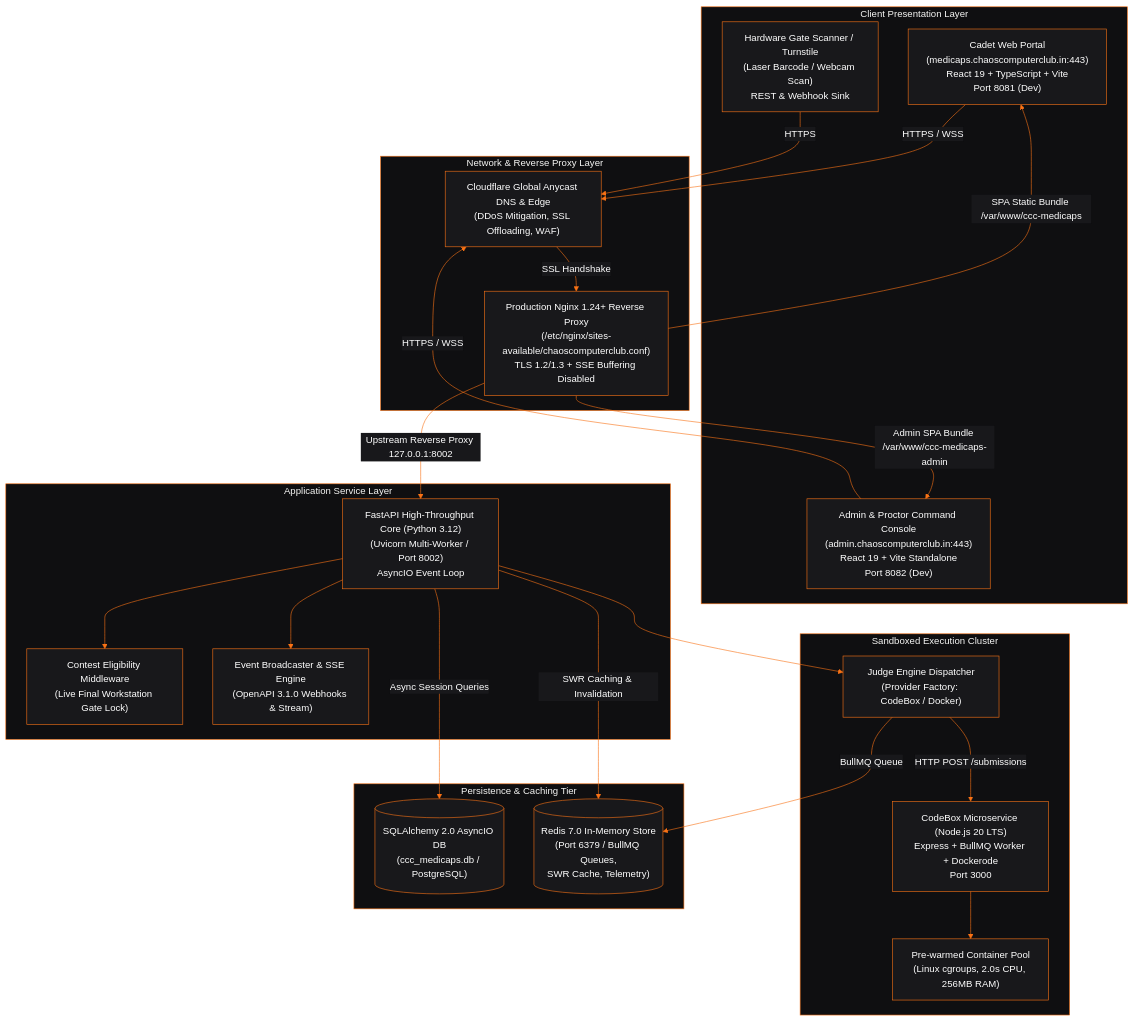
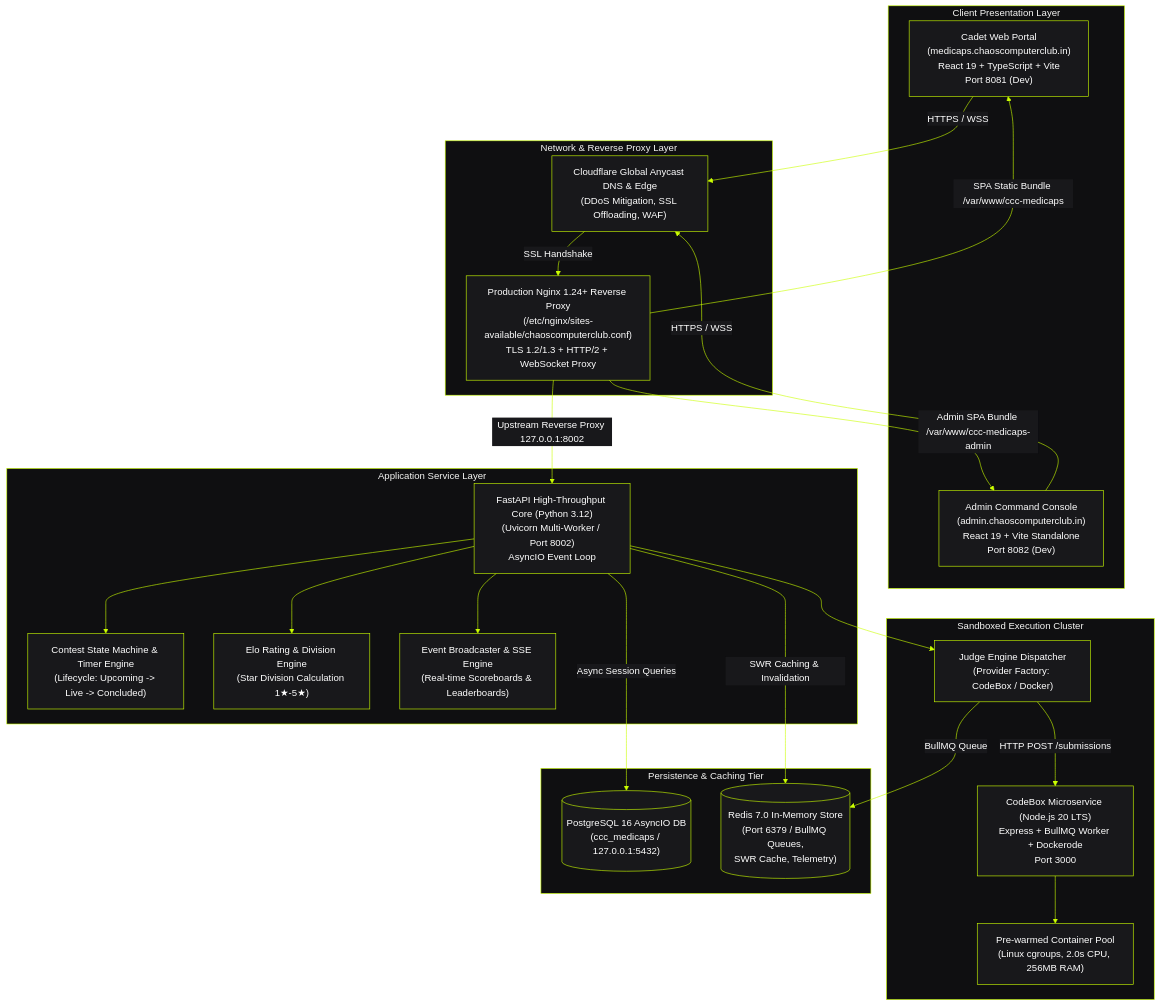
The first of 3 diagrams in TRD.md (chaoscomputerclub/medicaps.chaoscomputerclub.in), drawn with Mermaid before and after one commit. The commit also changed other lines of this file and 24 other files, not shown here.

Commit message:
feat: redefine TRD, PRD, README and refactor to unified CP contest architecture with hook order fix

````diff
--- a/TRD.md
+++ b/TRD.md
@@ -20,64 +20,64 @@
 ```mermaid
 %%{init: {
   'theme': 'base',
   'themeVariables': {
     'primaryColor': '#18181b',
     'primaryTextColor': '#ffffff',
-    'primaryBorderColor': '#f97316',
-    'lineColor': '#f97316',
+    'primaryBorderColor': '#ccff00',
+    'lineColor': '#ccff00',
     'secondaryColor': '#27272a',
     'tertiaryColor': '#09090b',
     'edgeLabelBackground': '#18181b',
     'clusterBkg': '#0f0f11',
-    'clusterBorder': '#f97316'
+    'clusterBorder': '#ccff00'
   }
 }}%%
 flowchart TB
     subgraph Client_Tier [Client Presentation Layer]
-        CadetPortal["Cadet Web Portal\n(medicaps.chaoscomputerclub.in:443)\nReact 19 + TypeScript + Vite\nPort 8081 (Dev)"]
-        AdminConsole["Admin & Proctor Command Console\n(admin.chaoscomputerclub.in:443)\nReact 19 + Vite Standalone\nPort 8082 (Dev)"]
-        IoTScanner["Hardware Gate Scanner / Turnstile\n(Laser Barcode / Webcam Scan)\nREST & Webhook Sink"]
+        CadetPortal["Cadet Web Portal\n(medicaps.chaoscomputerclub.in)\nReact 19 + TypeScript + Vite\nPort 8081 (Dev)"]
+        AdminConsole["Admin Command Console\n(admin.chaoscomputerclub.in)\nReact 19 + Vite Standalone\nPort 8082 (Dev)"]
     end
 
     subgraph Edge_Tier [Network & Reverse Proxy Layer]
         Cloudflare["Cloudflare Global Anycast DNS & Edge\n(DDoS Mitigation, SSL Offloading, WAF)"]
-        Nginx["Production Nginx 1.24+ Reverse Proxy\n(/etc/nginx/sites-available/chaoscomputerclub.conf)\nTLS 1.2/1.3 + SSE Buffering Disabled"]
+        Nginx["Production Nginx 1.24+ Reverse Proxy\n(/etc/nginx/sites-available/chaoscomputerclub.conf)\nTLS 1.2/1.3 + HTTP/2 + WebSocket Proxy"]
     end
 
     subgraph App_Tier [Application Service Layer]
         FastAPI["FastAPI High-Throughput Core (Python 3.12)\n(Uvicorn Multi-Worker / Port 8002)\nAsyncIO Event Loop"]
-        EligibilityMW["Contest Eligibility Middleware\n(Live Final Workstation Gate Lock)"]
-        EventBroadcaster["Event Broadcaster & SSE Engine\n(OpenAPI 3.1.0 Webhooks & Stream)"]
+        ContestSM["Contest State Machine & Timer Engine\n(Lifecycle: Upcoming -> Live -> Concluded)"]
+        RatingEngine["Elo Rating & Division Engine\n(Star Division Calculation 1★-5★)"]
+        EventBroadcaster["Event Broadcaster & SSE Engine\n(Real-time Scoreboards & Leaderboards)"]
     end
 
     subgraph Judge_Tier [Sandboxed Execution Cluster]
         JudgeDispatch["Judge Engine Dispatcher\n(Provider Factory: CodeBox / Docker)"]
         CodeBoxWorker["CodeBox Microservice (Node.js 20 LTS)\nExpress + BullMQ Worker + Dockerode\nPort 3000"]
         ContainerPool["Pre-warmed Container Pool\n(Linux cgroups, 2.0s CPU, 256MB RAM)"]
     end
 
     subgraph Data_Tier [Persistence & Caching Tier]
-        SQLite_DB[("SQLAlchemy 2.0 AsyncIO DB\n(ccc_medicaps.db / PostgreSQL)")]
+        Postgres_DB[("PostgreSQL 16 AsyncIO DB\n(ccc_medicaps / 127.0.0.1:5432)")]
         Redis_Store[("Redis 7.0 In-Memory Store\n(Port 6379 / BullMQ Queues,\nSWR Cache, Telemetry)")]
     end
 
     CadetPortal -->|HTTPS / WSS| Cloudflare
     AdminConsole -->|HTTPS / WSS| Cloudflare
-    IoTScanner -->|HTTPS| Cloudflare
 
     Cloudflare -->|SSL Handshake| Nginx
     Nginx -->|SPA Static Bundle /var/www/ccc-medicaps| CadetPortal
     Nginx -->|Admin SPA Bundle /var/www/ccc-medicaps-admin| AdminConsole
     Nginx -->|Upstream Reverse Proxy 127.0.0.1:8002| FastAPI
 
-    FastAPI --> EligibilityMW
+    FastAPI --> ContestSM
+    FastAPI --> RatingEngine
     FastAPI --> EventBroadcaster
     FastAPI --> JudgeDispatch
 
     JudgeDispatch -->|BullMQ Queue| Redis_Store
     JudgeDispatch -->|HTTP POST /submissions| CodeBoxWorker
     CodeBoxWorker --> ContainerPool
 
-    FastAPI -->|Async Session Queries| SQLite_DB
+    FastAPI -->|Async Session Queries| Postgres_DB
     FastAPI -->|SWR Caching & Invalidation| Redis_Store
 ```
````
